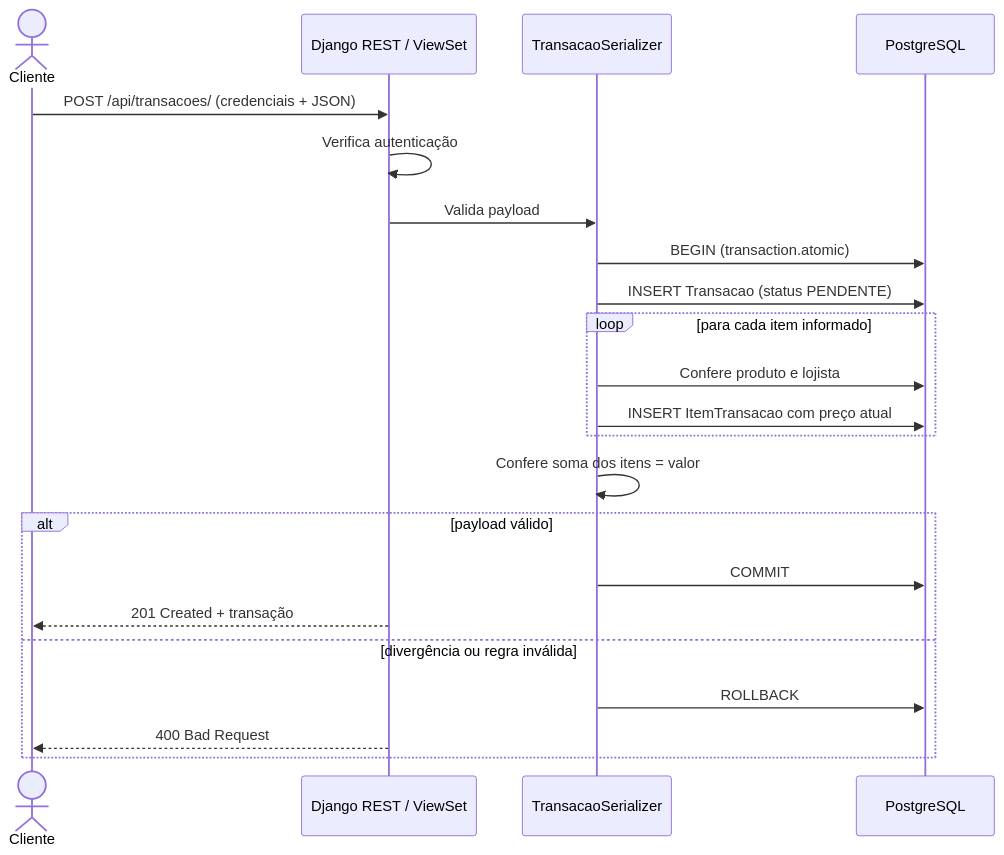
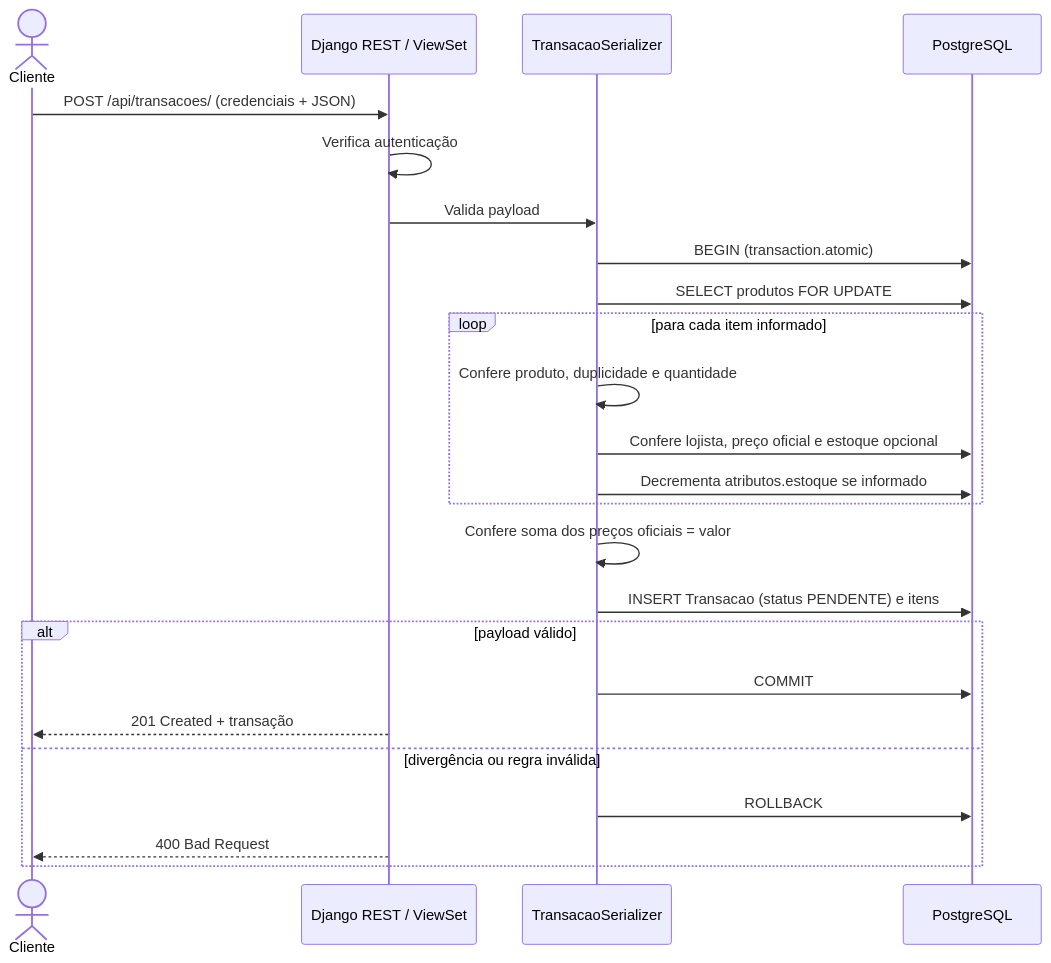
One commit to Projetos-de-Extensao/PC_CDIA_26.2_8001_III changed the first of 4 diagrams in docs/Elaboracao/seq_com.md. Above: the diagram before and after it, drawn with Mermaid. The commit also changed other lines of this file and 6 other files, not shown here.

````diff
--- a/docs/Elaboracao/seq_com.md
+++ b/docs/Elaboracao/seq_com.md
@@ -7,25 +7,27 @@
 ```mermaid
 sequenceDiagram
     actor Cliente
     participant API as Django REST / ViewSet
     participant Serializer as TransacaoSerializer
     participant DB as PostgreSQL
 
     Cliente->>API: POST /api/transacoes/ (credenciais + JSON)
     API->>API: Verifica autenticação
     API->>Serializer: Valida payload
     Serializer->>DB: BEGIN (transaction.atomic)
-    Serializer->>DB: INSERT Transacao (status PENDENTE)
+    Serializer->>DB: SELECT produtos FOR UPDATE
     loop para cada item informado
-        Serializer->>DB: Confere produto e lojista
-        Serializer->>DB: INSERT ItemTransacao com preço atual
+        Serializer->>Serializer: Confere produto, duplicidade e quantidade
+        Serializer->>DB: Confere lojista, preço oficial e estoque opcional
+        Serializer->>DB: Decrementa atributos.estoque se informado
     end
-    Serializer->>Serializer: Confere soma dos itens = valor
+    Serializer->>Serializer: Confere soma dos preços oficiais = valor
+    Serializer->>DB: INSERT Transacao (status PENDENTE) e itens
     alt payload válido
         Serializer->>DB: COMMIT
         API-->>Cliente: 201 Created + transação
     else divergência ou regra inválida
         Serializer->>DB: ROLLBACK
         API-->>Cliente: 400 Bad Request
     end
 ```
````
